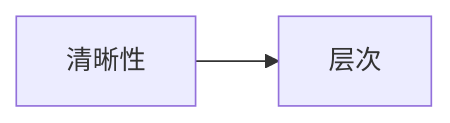
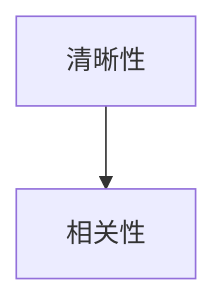
One commit to liukjx/backblog changed the third of 4 diagrams in _posts/Interest/2022-10-06-批判性思维教程.md. Above: the diagram before and after it, drawn with Mermaid. The commit also changed other lines of this file and 19 other files, not shown here.

````diff
--- a/_posts/Interest/2022-10-06-批判性思维教程.md
+++ b/_posts/Interest/2022-10-06-批判性思维教程.md
@@ -43,4 +66,4 @@
 ```mermaid
-graph LR;
-清晰性-->层次;
+graph TD;
+清晰性-->相关性;
 ```
````
